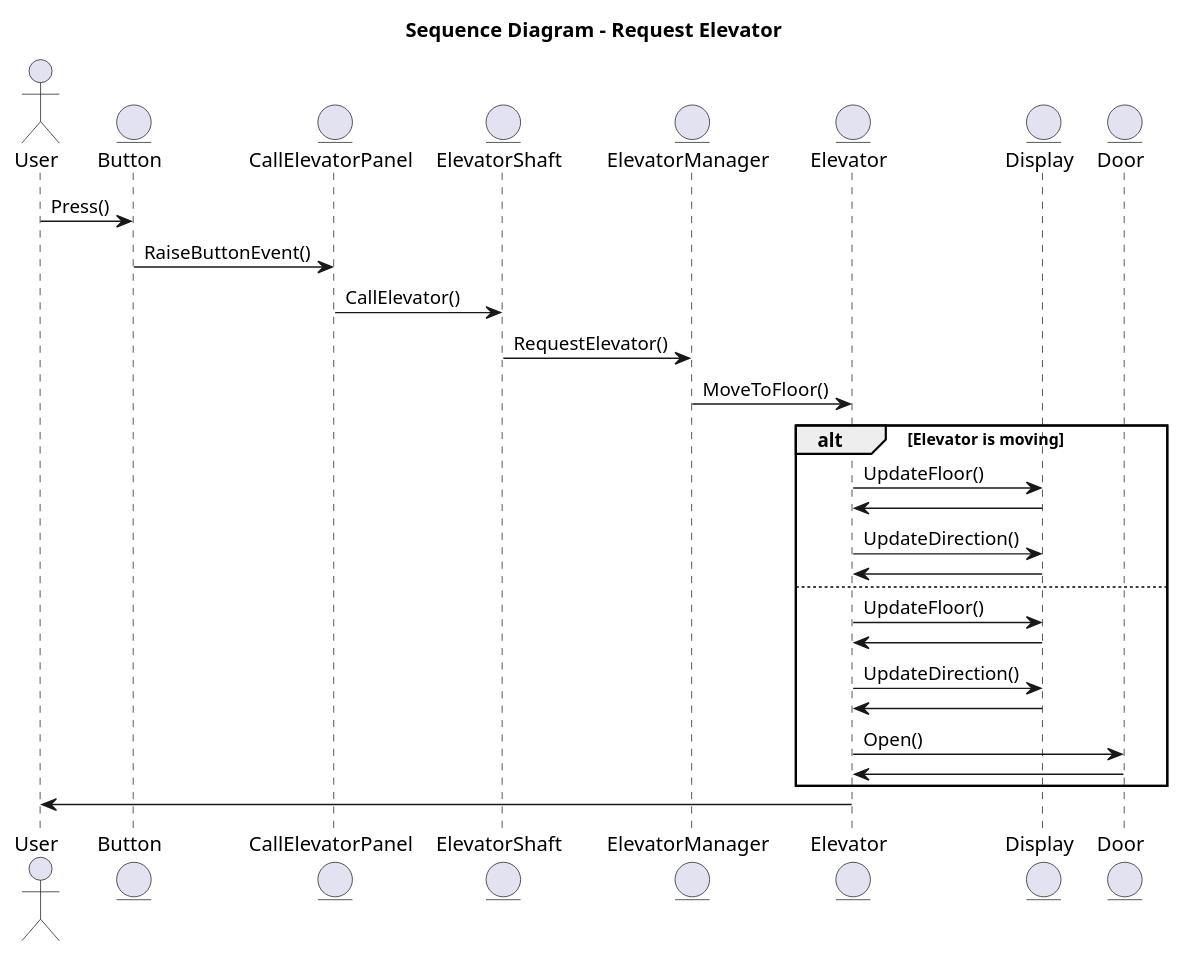
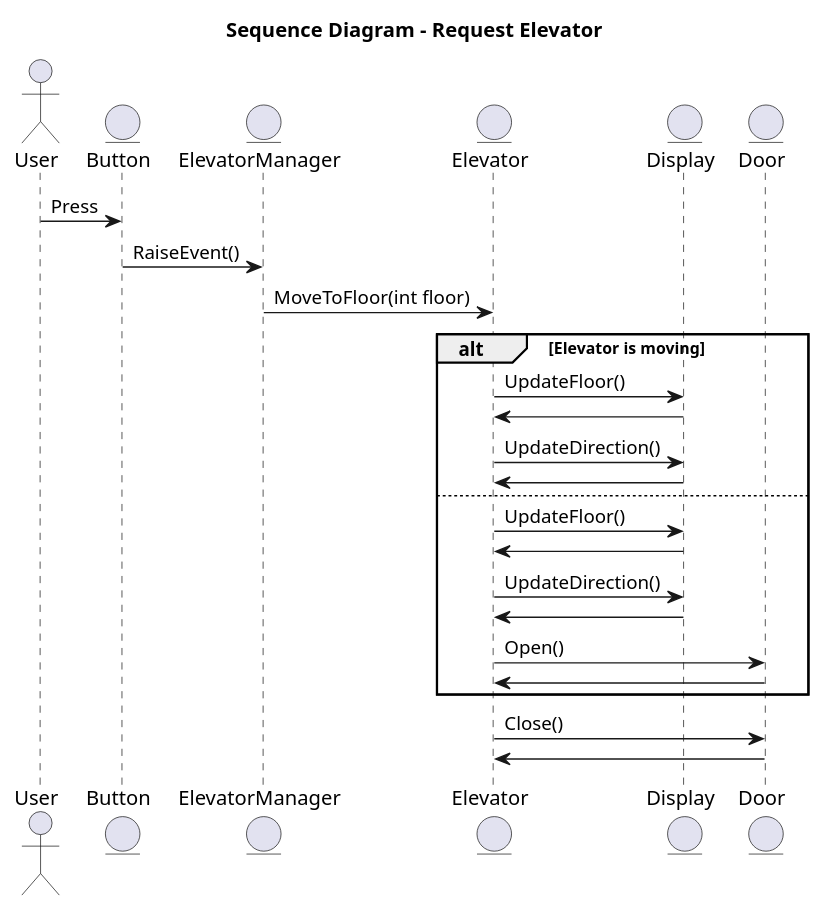
The fourth of 6 diagrams in Software Design & Algorithms/Elevator/Diagrams.puml (NathanThus/Technology-Semester-3), drawn with PlantUML before and after one commit. The commit also changed other lines of this file, not shown here.

```diff
--- a/Software Design & Algorithms/Elevator/Diagrams.puml
+++ b/Software Design & Algorithms/Elevator/Diagrams.puml
@@ -171,34 +169,30 @@
 @startuml Sequence_RequestElevator
 title Sequence Diagram - Request Elevator
 
 Actor User
 entity Button
-entity CallElevatorPanel
-entity ElevatorShaft
 entity ElevatorManager
 entity Elevator
 entity Display
 entity Door
-
-User -> Button : Press()
-Button -> CallElevatorPanel : RaiseButtonEvent()
-CallElevatorPanel -> ElevatorShaft : CallElevator()
-ElevatorShaft -> ElevatorManager : RequestElevator()
-ElevatorManager -> Elevator : MoveToFloor()
-
+User->Button : Press
+Button -> ElevatorManager : RaiseEvent()
+ElevatorManager -> Elevator : MoveToFloor(int floor)
 alt Elevator is moving
 Elevator -> Display : UpdateFloor()
 Display -> Elevator
 Elevator -> Display : UpdateDirection()
 Display -> Elevator
 else
 Elevator -> Display : UpdateFloor()
 Display -> Elevator
 Elevator -> Display : UpdateDirection()
 Display -> Elevator
 Elevator -> Door : Open()
 Door -> Elevator
 end
-Elevator -> User
+
+Elevator ->Door : Close()
+Door -> Elevator
 
 @enduml
```
